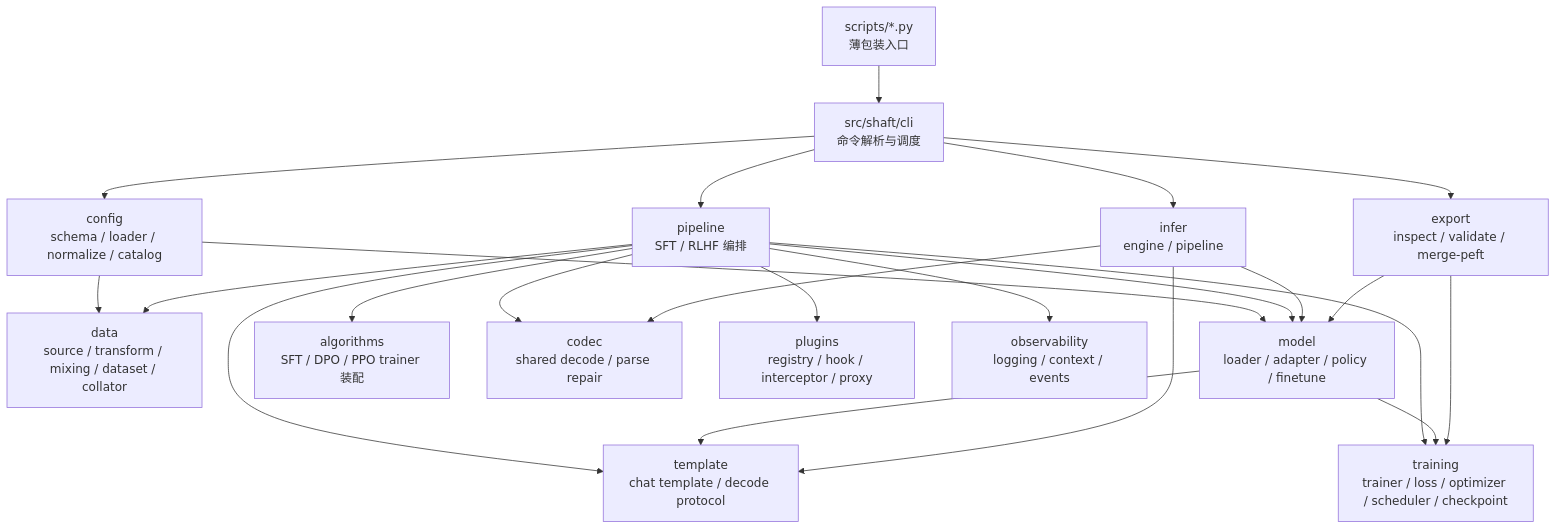
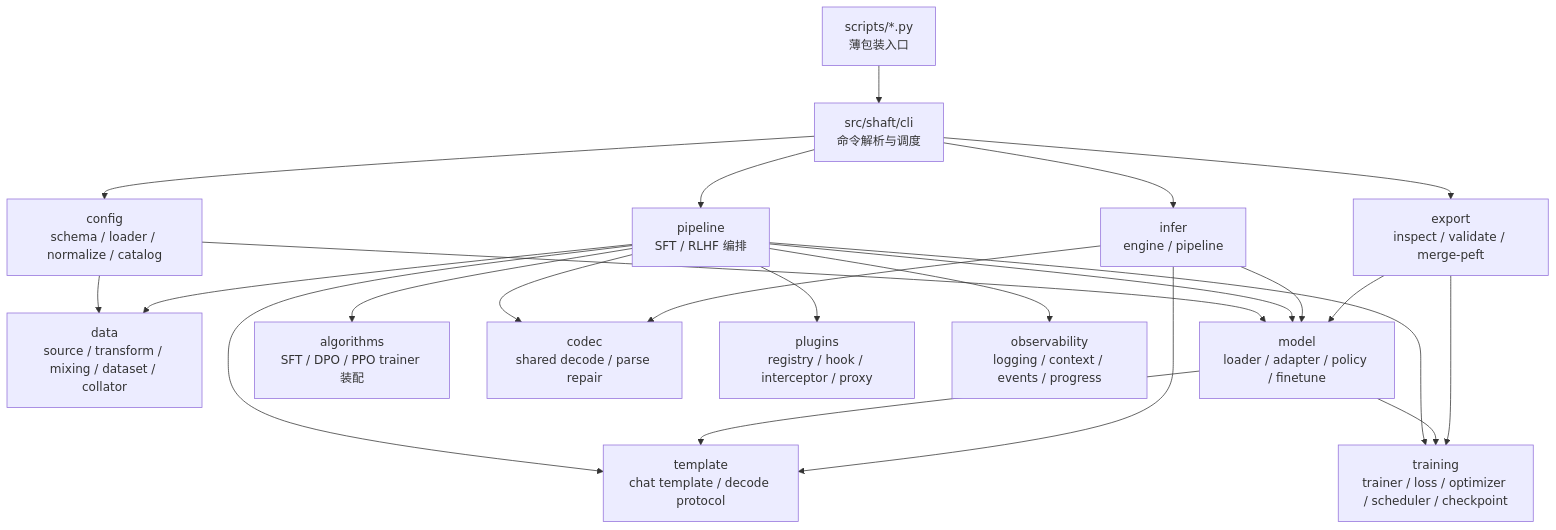
The first of 4 diagrams in docs/architecture.md (BITnene465/shaft), drawn with Mermaid before and after one commit. The commit also changed other lines of this file and 79 other files, not shown here.

````diff
--- a/docs/architecture.md
+++ b/docs/architecture.md
@@ -47,41 +47,41 @@
 ```mermaid
 flowchart TD
     Scripts["scripts/*.py<br/>薄包装入口"]
     CLI["src/shaft/cli<br/>命令解析与调度"]
     Config["config<br/>schema / loader / normalize / catalog"]
     Pipeline["pipeline<br/>SFT / RLHF 编排"]
     Data["data<br/>source / transform / mixing / dataset / collator"]
     Model["model<br/>loader / adapter / policy / finetune"]
     Template["template<br/>chat template / decode protocol"]
     Algorithms["algorithms<br/>SFT / DPO / PPO trainer 装配"]
     Training["training<br/>trainer / loss / optimizer / scheduler / checkpoint"]
     Codec["codec<br/>shared decode / parse repair"]
     Infer["infer<br/>engine / pipeline"]
     Export["export<br/>inspect / validate / merge-peft"]
     Plugins["plugins<br/>registry / hook / interceptor / proxy"]
-    Obs["observability<br/>logging / context / events"]
+    Obs["observability<br/>logging / context / events / progress"]
 
     Scripts --> CLI
     CLI --> Config
     CLI --> Pipeline
     CLI --> Infer
     CLI --> Export
 
     Config --> Data
     Config --> Model
     Pipeline --> Data
     Pipeline --> Model
     Pipeline --> Template
     Pipeline --> Algorithms
     Pipeline --> Training
     Pipeline --> Codec
     Pipeline --> Plugins
     Pipeline --> Obs
     Model --> Template
     Model --> Training
     Infer --> Codec
     Infer --> Model
     Infer --> Template
     Export --> Model
     Export --> Training
 ```
````
